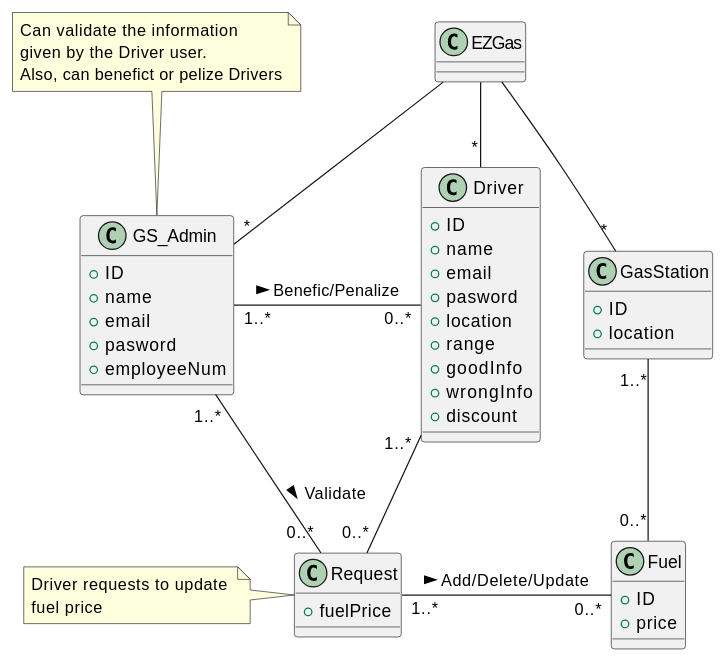
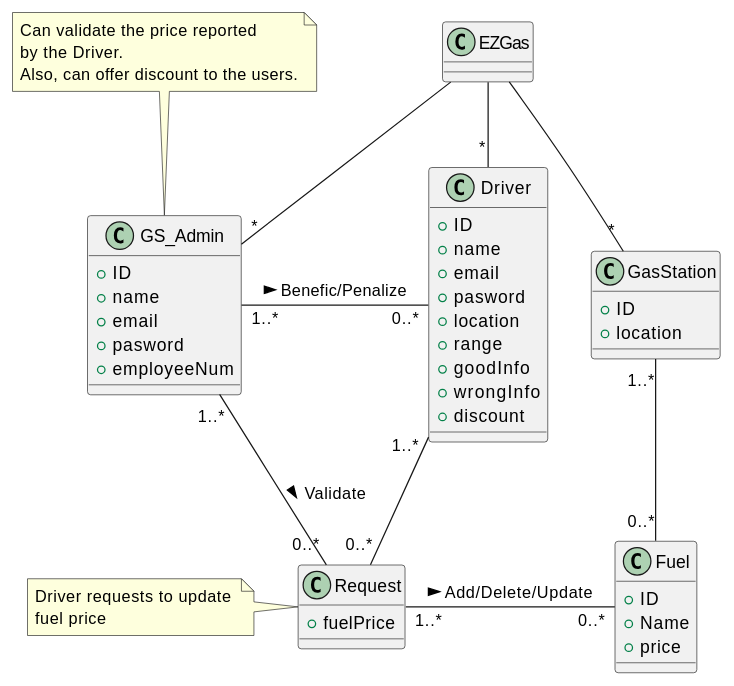
Before and after one commit to LucaOddoneSE/EZGas: the third of 4 diagrams in docs/RequirementsDocument.md, drawn with PlantUML.

Commit message:
docs : UML UCD modified

````diff
--- a/docs/RequirementsDocument.md
+++ b/docs/RequirementsDocument.md
@@ -310,59 +310,60 @@
 ```plantuml
 @startuml
 class EZGas
 class Driver{
   +ID
   + name
   + email
   + pasword
   + location
   + range
   + goodInfo
   + wrongInfo
   + discount
 }
 
 class GS_Admin{
   + ID
   + name
   + email
   + pasword
   + employeeNum
 }
 
 class GasStation{
   + ID
   + location
 }
 
 class Fuel{
   + ID
+  + Name
   + price
 }
 
 class Request{
   + fuelPrice
 }
 
-note top of GS_Admin : Can validate the information \n\
-given by the Driver user. \n\
-Also, can benefict or pelize Drivers
+note top of GS_Admin : Can validate the price reported \n\
+by the Driver. \n\
+Also, can offer discount to the users.
 
 note left of Request : Driver requests to update \n\
 fuel price
 
 EZGas -- "*" Driver
 EZGas -- "*" GS_Admin
 EZGas -- "*" GasStation
 
 GS_Admin "1..*" - "0..*" Driver : Benefic/Penalize >
 
 GasStation "1..*" -- "0..*" Fuel
 
 Request"1..*" - "0..*" Fuel : Add/Delete/Update >
 
 Driver "1..*" -- "0..*" Request
 GS_Admin "1..*" -- "0..*" Request : Validate >
 
 @enduml
 ```
````
